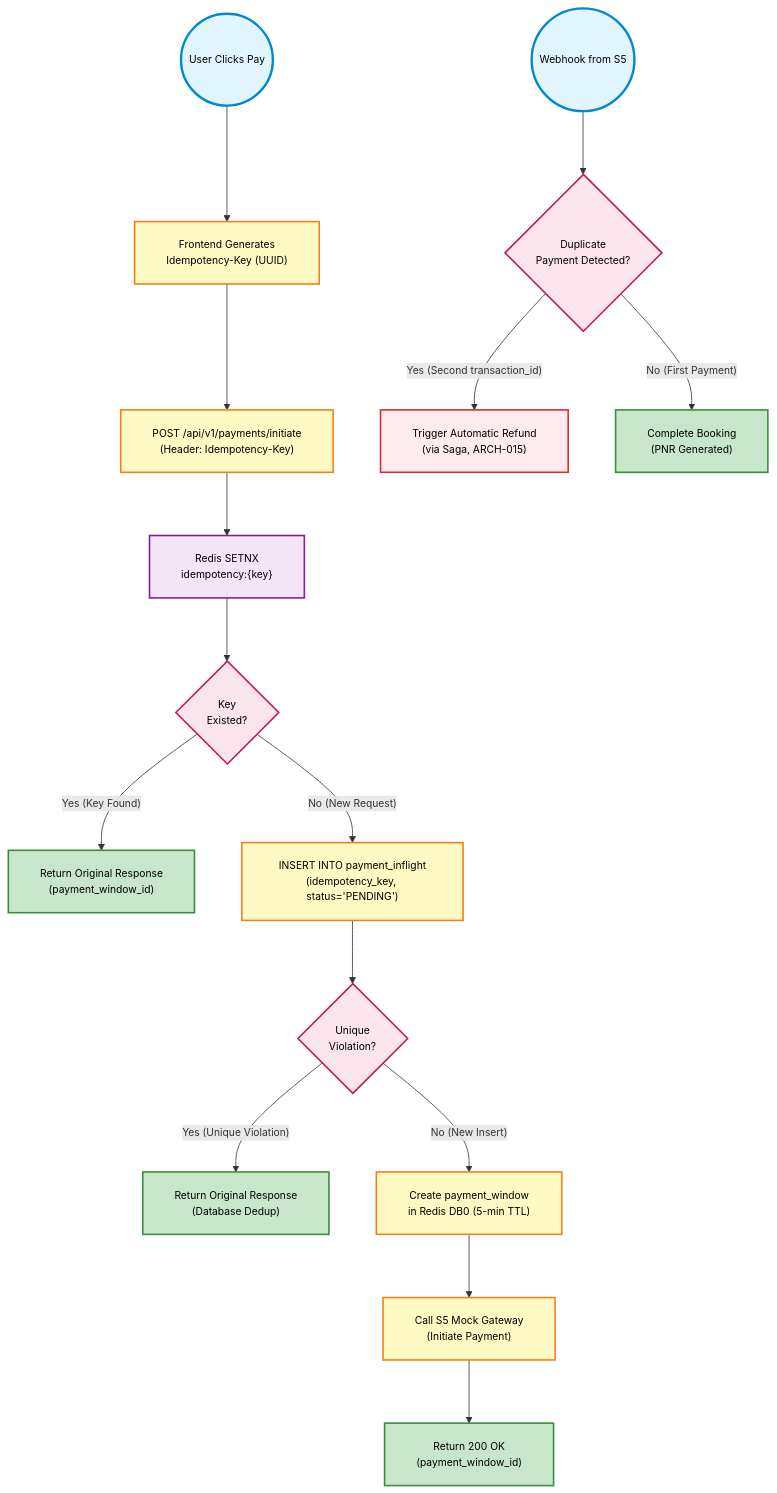
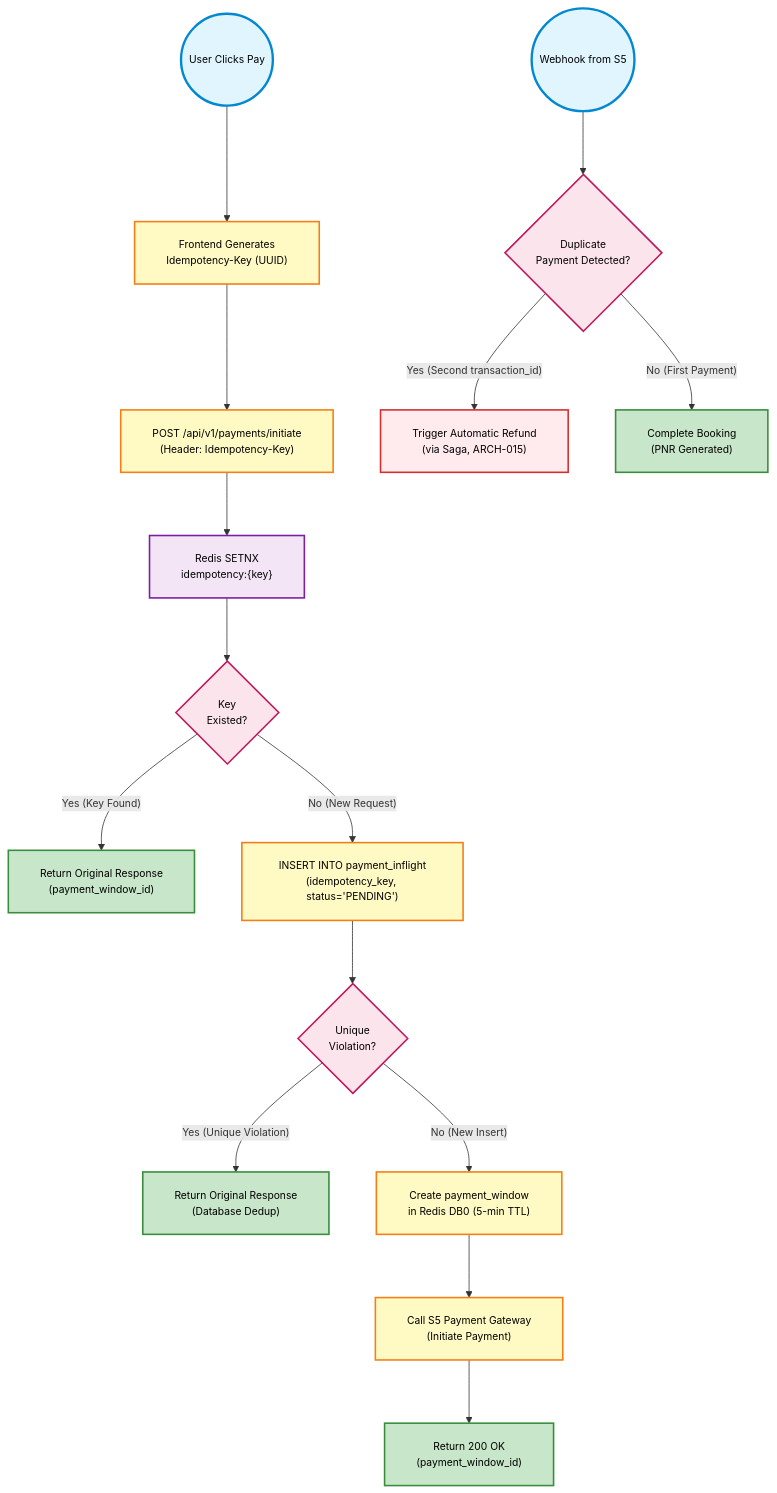
The second of 3 diagrams in docs/phase-1-foundation/wave-2-architecture/SRIS-P1-ARCH-011_ErrorHandlingAndResilienceDesign.md (koushaljhacs/sris), drawn with Mermaid before and after one commit. The commit also changed other lines of this file, not shown here.

````diff
--- a/docs/phase-1-foundation/wave-2-architecture/SRIS-P1-ARCH-011_ErrorHandlingAndResilienceDesign.md
+++ b/docs/phase-1-foundation/wave-2-architecture/SRIS-P1-ARCH-011_ErrorHandlingAndResilienceDesign.md
@@ -320,77 +323,77 @@
 ```mermaid
 %%{init: {
   "flowchart": {
     "nodeSpacing": 60,
     "rankSpacing": 80,
     "padding": 20,
     "curve": "basis",
     "htmlLabels": true
   },
   "themeVariables": {
     "fontSize": "13px",
     "fontFamily": "Segoe UI, Arial, sans-serif"
   }
 }}%%
 flowchart TD
     %% Styling
     classDef startEnd fill:#E1F5FE,stroke:#0288D1,stroke-width:3px,color:#000;
     classDef action fill:#FFF9C4,stroke:#F57F17,stroke-width:2px,color:#000;
     classDef decision fill:#FCE4EC,stroke:#C2185B,stroke-width:2px,color:#000;
     classDef success fill:#C8E6C9,stroke:#388E3C,stroke-width:2px,color:#000;
     classDef fail fill:#FFEBEE,stroke:#D32F2F,stroke-width:2px,color:#000;
     classDef cache fill:#F3E5F5,stroke:#7B1FA2,stroke-width:2px,color:#000;
 
     %% Start
     Start(("User Clicks Pay")):::startEnd
     GenKey["Frontend Generates<br/>Idempotency-Key (UUID)"]:::action
     SendReq["POST /api/v1/payments/initiate<br/>(Header: Idempotency-Key)"]:::action
 
     %% Redis Check
     RedisCheck["Redis SETNX<br/>idempotency:{key}"]:::cache
     RedisResult{"Key<br/>Existed?"}:::decision
 
     %% Duplicate Response
     ReturnDup["Return Original Response<br/>(payment_window_id)"]:::success
 
     %% PostgreSQL Check
     PGCheck["INSERT INTO payment_inflight<br/>(idempotency_key, status='PENDING')"]:::action
     PGResult{"Unique<br/>Violation?"}:::decision
 
     %% Duplicate Handling
     HandleDup["Return Original Response<br/>(Database Dedup)"]:::success
 
     %% New Payment
     CreateWindow["Create payment_window<br/>in Redis DB0 (5-min TTL)"]:::action
-    InitiatePayment["Call S5 Mock Gateway<br/>(Initiate Payment)"]:::action
+    InitiatePayment["Call S5 Payment Gateway<br/>(Initiate Payment)"]:::action
     Return200["Return 200 OK<br/>(payment_window_id)"]:::success
 
     %% Callback
     Webhook(("Webhook from S5")):::startEnd
     DuplicatePayCheck{"Duplicate<br/>Payment Detected?"}:::decision
     TriggerRefund["Trigger Automatic Refund<br/>(via Saga, ARCH-015)"]:::fail
     CompleteBooking["Complete Booking<br/>(PNR Generated)"]:::success
 
     %% Flow
     Start --> GenKey
     GenKey --> SendReq
     SendReq --> RedisCheck
 
     RedisCheck --> RedisResult
 
     RedisResult -->|"Yes (Key Found)"| ReturnDup
     RedisResult -->|"No (New Request)"| PGCheck
 
     PGCheck --> PGResult
 
     PGResult -->|"Yes (Unique Violation)"| HandleDup
     PGResult -->|"No (New Insert)"| CreateWindow
 
     CreateWindow --> InitiatePayment
     InitiatePayment --> Return200
 
     %% Async Flow
     Webhook --> DuplicatePayCheck
 
     DuplicatePayCheck -->|"Yes (Second transaction_id)"| TriggerRefund
     DuplicatePayCheck -->|"No (First Payment)"| CompleteBooking
 ```
````
